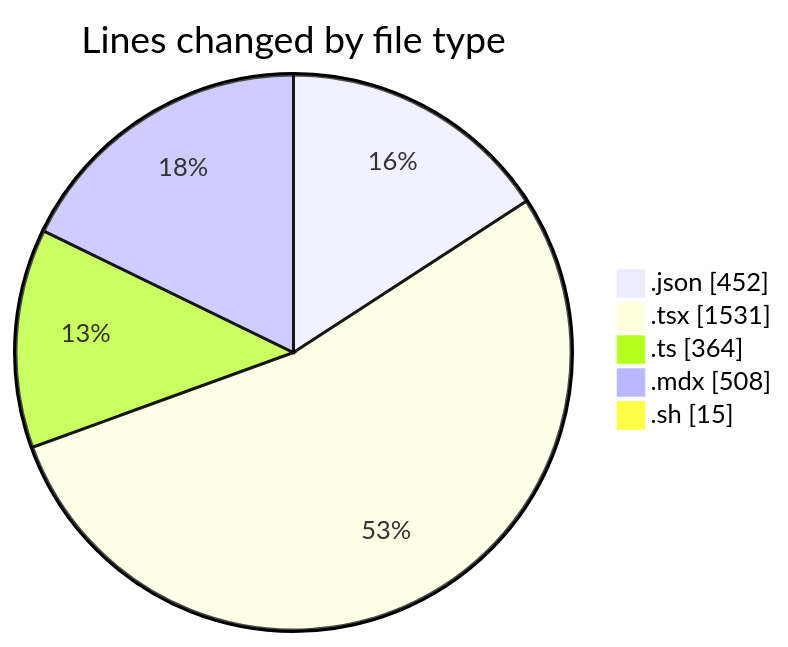
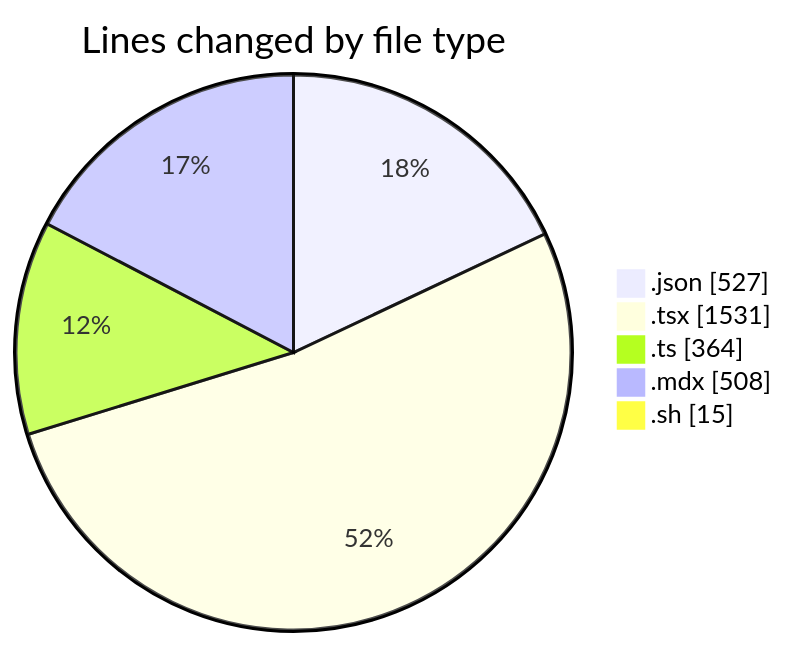
Before and after one commit to Elitesun/code-tracking: the first of 2 diagrams in 2025-05-01/niten/README.md, drawn with Mermaid. The commit also changed other lines of this file and 1 other file, not shown here.

````diff
--- a/2025-05-01/niten/README.md
+++ b/2025-05-01/niten/README.md
@@ -51,9 +51,9 @@
 ```mermaid
 pie showData
 title Lines changed by file type
-".json" : 452
+".json" : 527
 ".tsx" : 1531
 ".ts" : 364
 ".mdx" : 508
 ".sh" : 15
 ```
````
